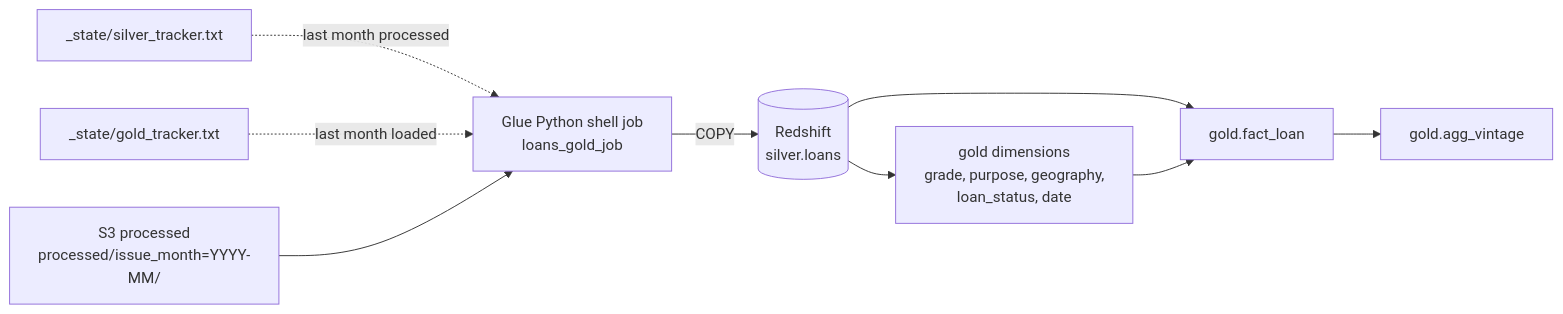
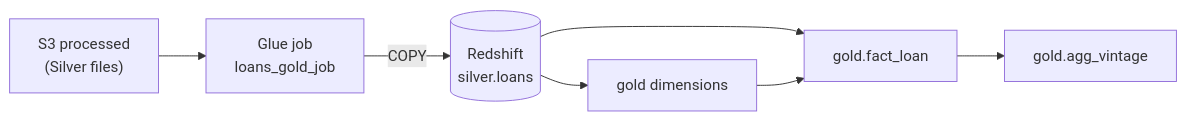
Before and after one commit to ajaychandra-a-s/credit-risk-monitoring-us-consumer-loans: the diagram in 03_warehouse/README.md, drawn with Mermaid. The commit also changed other lines of this file and 8 other files, not shown here.

````diff
--- a/03_warehouse/README.md
+++ b/03_warehouse/README.md
@@ -9,11 +9,9 @@
 ```mermaid
 flowchart LR
-    T1["_state/silver_tracker.txt"] -.->|last month processed| J
-    T2["_state/gold_tracker.txt"] -.->|last month loaded| J
-    A["S3 processed<br/>processed/issue_month=YYYY-MM/"] --> J["Glue Python shell job<br/>loans_gold_job"]
+    A["S3 processed<br/>(Silver files)"] --> J["Glue job<br/>loans_gold_job"]
     J -->|COPY| S[("Redshift<br/>silver.loans")]
-    S --> D["gold dimensions<br/>grade, purpose, geography,<br/>loan_status, date"]
+    S --> D["gold dimensions"]
     S --> F["gold.fact_loan"]
     D --> F
     F --> G["gold.agg_vintage"]
 ```
````
